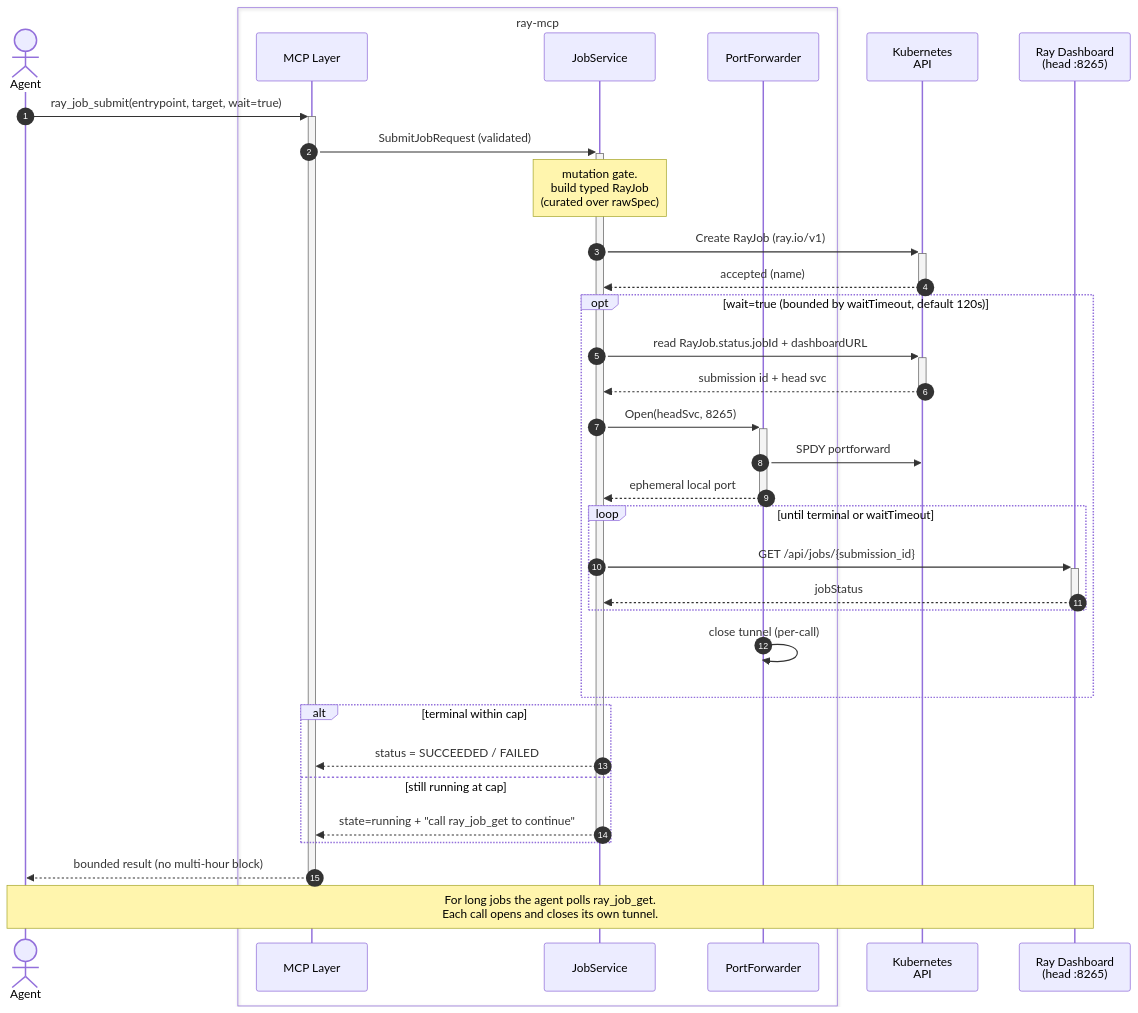
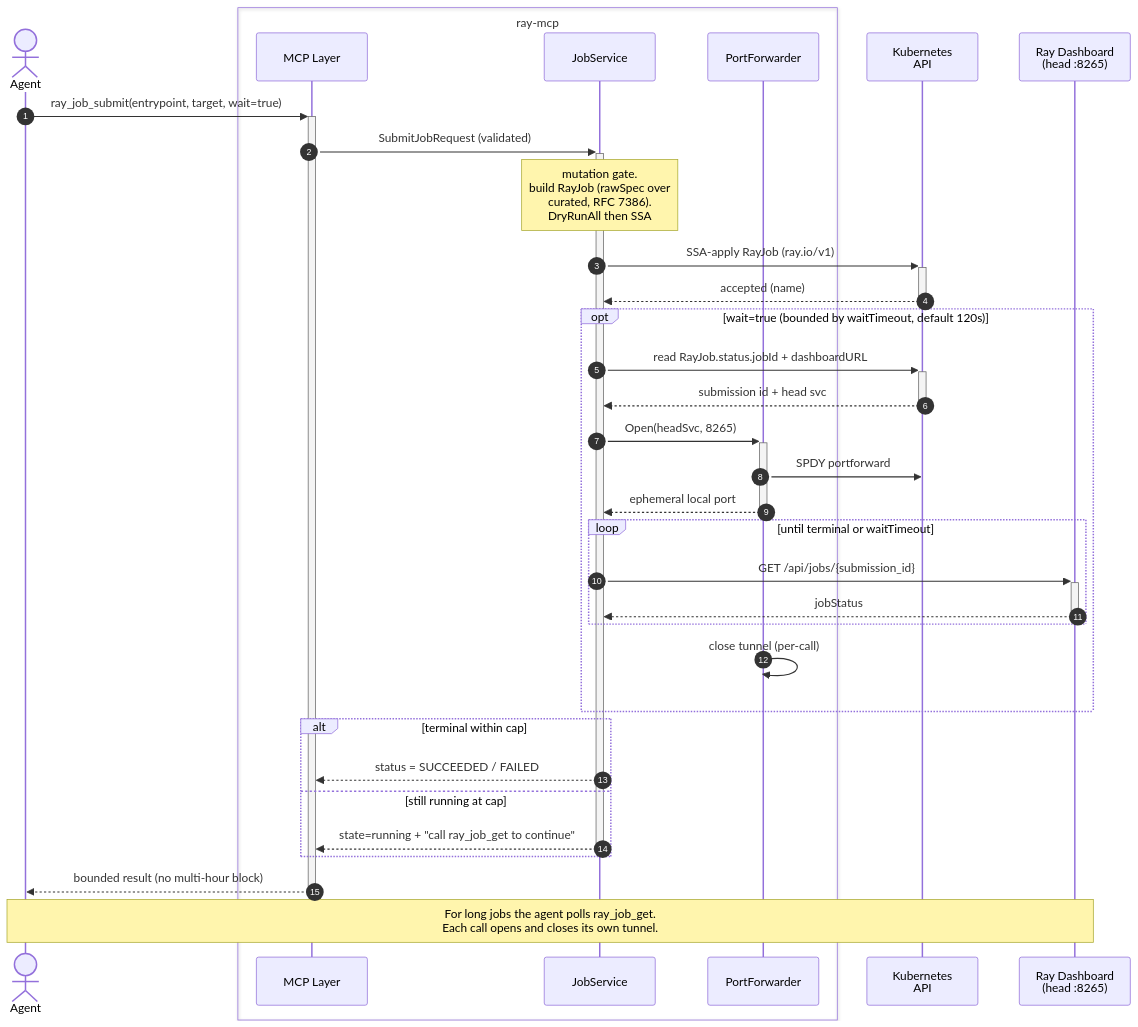
One commit to risjai/ray-mcp changed the diagram in docs/superpowers/specs/2026-06-13-ray-mcp-design.md. Above: the diagram before and after it, drawn with Mermaid. The commit also changed other lines of this file, not shown here.

First line of the commit message:
Fold grilling decisions Q1-Q5 into ray-mcp design

````diff
--- a/docs/superpowers/specs/2026-06-13-ray-mcp-design.md
+++ b/docs/superpowers/specs/2026-06-13-ray-mcp-design.md
@@ -284,40 +318,40 @@
 ```mermaid
 sequenceDiagram
     autonumber
     actor Agent
     box ray-mcp
         participant MCP as MCP Layer
         participant Svc as JobService
         participant PF as PortForwarder
     end
     participant K8s as Kubernetes<br>API
     participant Ray as Ray Dashboard<br>(head :8265)
 
     Agent->>+MCP: ray_job_submit(entrypoint, target, wait=true)
     MCP->>+Svc: SubmitJobRequest (validated)
-    Note over Svc: mutation gate.<br>build typed RayJob<br>(curated over rawSpec)
-    Svc->>+K8s: Create RayJob (ray.io/v1)
+    Note over Svc: mutation gate.<br>build RayJob (rawSpec over<br>curated, RFC 7386).<br>DryRunAll then SSA
+    Svc->>+K8s: SSA-apply RayJob (ray.io/v1)
     K8s-->>-Svc: accepted (name)
 
     opt wait=true (bounded by waitTimeout, default 120s)
         Svc->>+K8s: read RayJob.status.jobId + dashboardURL
         K8s-->>-Svc: submission id + head svc
         Svc->>+PF: Open(headSvc, 8265)
         PF->>K8s: SPDY portforward
         PF-->>-Svc: ephemeral local port
         loop until terminal or waitTimeout
             Svc->>+Ray: GET /api/jobs/{submission_id}
             Ray-->>-Svc: jobStatus
         end
         PF->>PF: close tunnel (per-call)
     end
 
     alt terminal within cap
         Svc-->>MCP: status = SUCCEEDED / FAILED
     else still running at cap
         Svc-->>-MCP: state=running + "call ray_job_get to continue"
     end
     MCP-->>-Agent: bounded result (no multi-hour block)
 
     Note over Agent,Ray: For long jobs the agent polls ray_job_get.<br>Each call opens and closes its own tunnel.
 ```
````
